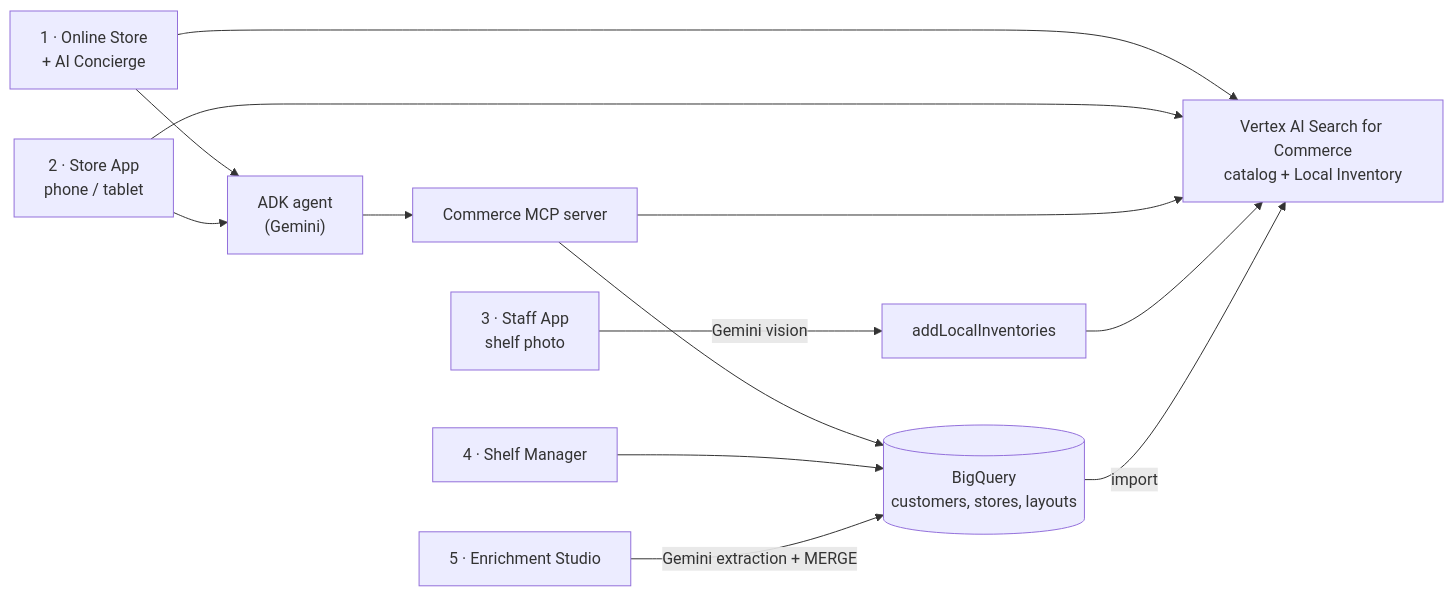
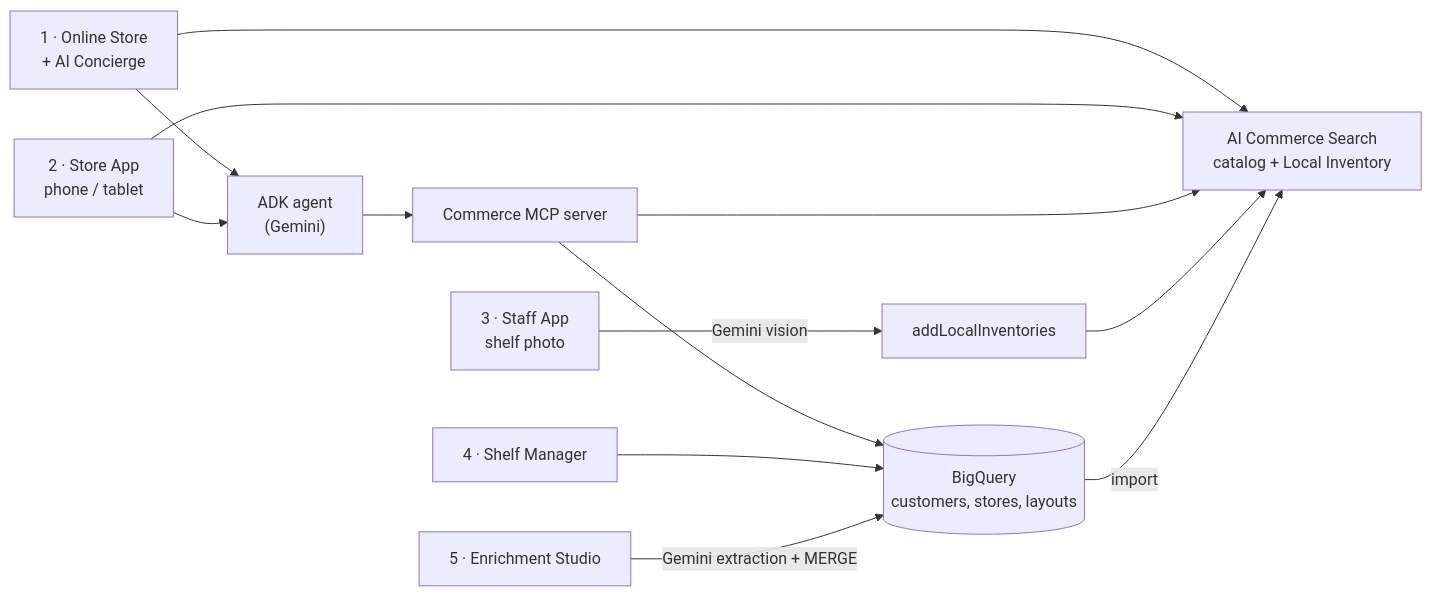
Before and after one commit to minsoojun-cloud/cymbal-retail-agentic-commerce-en-demo: the second of 2 diagrams in README.md, drawn with Mermaid. The commit also changed other lines of this file and 27 other files, not shown here.

First line of the commit message:
fix(naming): rename product to "AI Commerce Search" in apps, installer and docs

````diff
--- a/README.md
+++ b/README.md
@@ -138,14 +138,14 @@
 ```mermaid
 flowchart LR
   SITE["1 · Online Store<br/>+ AI Concierge"] --> AGENT["ADK agent<br/>(Gemini)"]
   APP["2 · Store App<br/>phone / tablet"] --> AGENT
   AGENT --> MCP["Commerce MCP server"]
   SITE --> VAIS
   APP --> VAIS
-  MCP --> VAIS["Vertex AI Search for Commerce<br/>catalog + Local Inventory"]
+  MCP --> VAIS["AI Commerce Search<br/>catalog + Local Inventory"]
   MCP --> BQ[("BigQuery<br/>customers, stores, layouts")]
   STAFF["3 · Staff App<br/>shelf photo"] -->|Gemini vision| LI["addLocalInventories"] --> VAIS
   ADMIN["4 · Shelf Manager"] --> BQ
   ENRICH["5 · Enrichment Studio"] -->|Gemini extraction + MERGE| BQ
   BQ -->|import| VAIS
 ```
````
